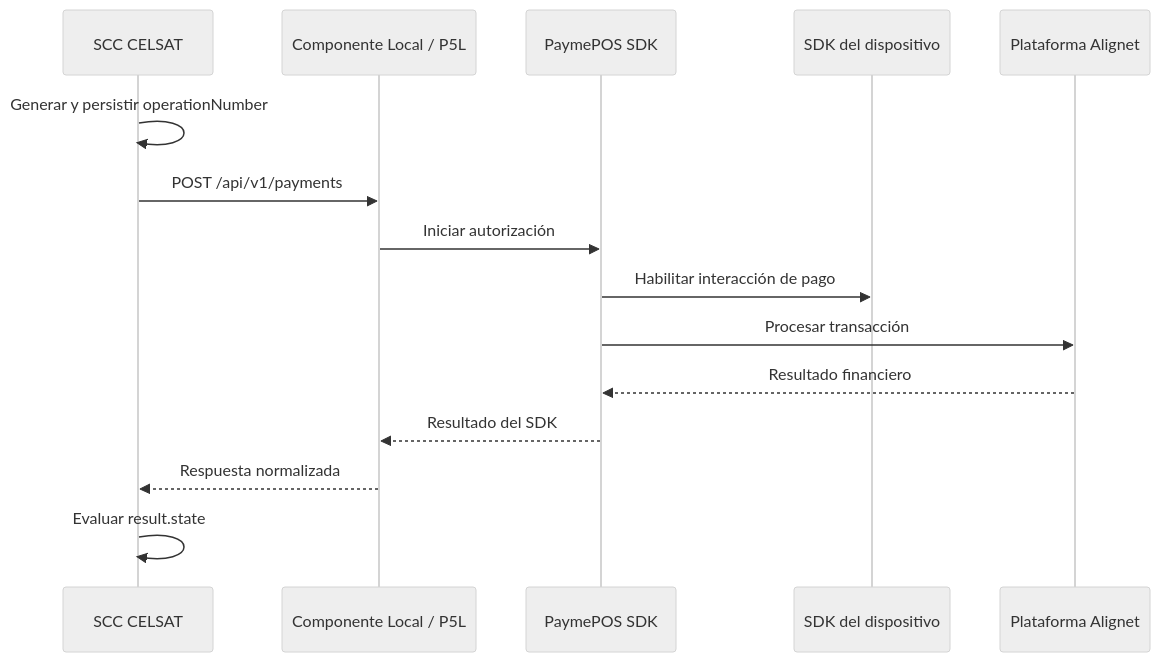
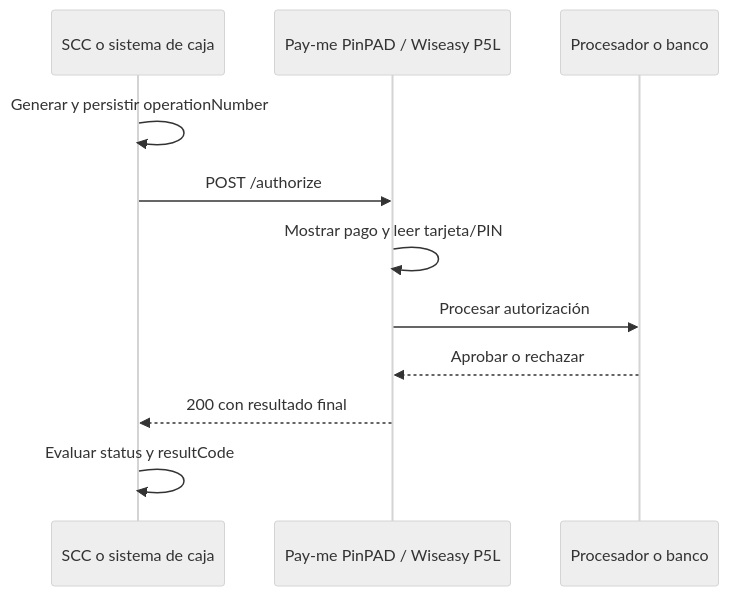
Before and after one commit to alignet-docs/alignet-developers: the first of 2 diagrams in procesamiento-fisico/alignet-transit/operacion-y-recuperacion.mdx, drawn with Mermaid (neutral theme). The commit also changed other lines of this file and 15 other files, not shown here.

Commit message:
docs(transit): actualiza integración Pay-me PinPAD

````diff
--- a/procesamiento-fisico/alignet-transit/operacion-y-recuperacion.mdx
+++ b/procesamiento-fisico/alignet-transit/operacion-y-recuperacion.mdx
@@ -9,18 +9,14 @@
 ```mermaid
 sequenceDiagram
-    participant SCC as SCC CELSAT
-    participant LOCAL as Componente Local / P5L
-    participant PAYME as PaymePOS SDK
-    participant DEVICE as SDK del dispositivo
-    participant PLATFORM as Plataforma Alignet
+    participant SCC as SCC o sistema de caja
+    participant PINPAD as Pay-me PinPAD / Wiseasy P5L
+    participant BANK as Procesador o banco
 
     SCC->>SCC: Generar y persistir operationNumber
-    SCC->>LOCAL: POST /api/v1/payments
-    LOCAL->>PAYME: Iniciar autorización
-    PAYME->>DEVICE: Habilitar interacción de pago
-    PAYME->>PLATFORM: Procesar transacción
-    PLATFORM-->>PAYME: Resultado financiero
-    PAYME-->>LOCAL: Resultado del SDK
-    LOCAL-->>SCC: Respuesta normalizada
-    SCC->>SCC: Evaluar result.state
+    SCC->>PINPAD: POST /authorize
+    PINPAD->>PINPAD: Mostrar pago y leer tarjeta/PIN
+    PINPAD->>BANK: Procesar autorización
+    BANK-->>PINPAD: Aprobar o rechazar
+    PINPAD-->>SCC: 200 con resultado final
+    SCC->>SCC: Evaluar status y resultCode
 ```
````
